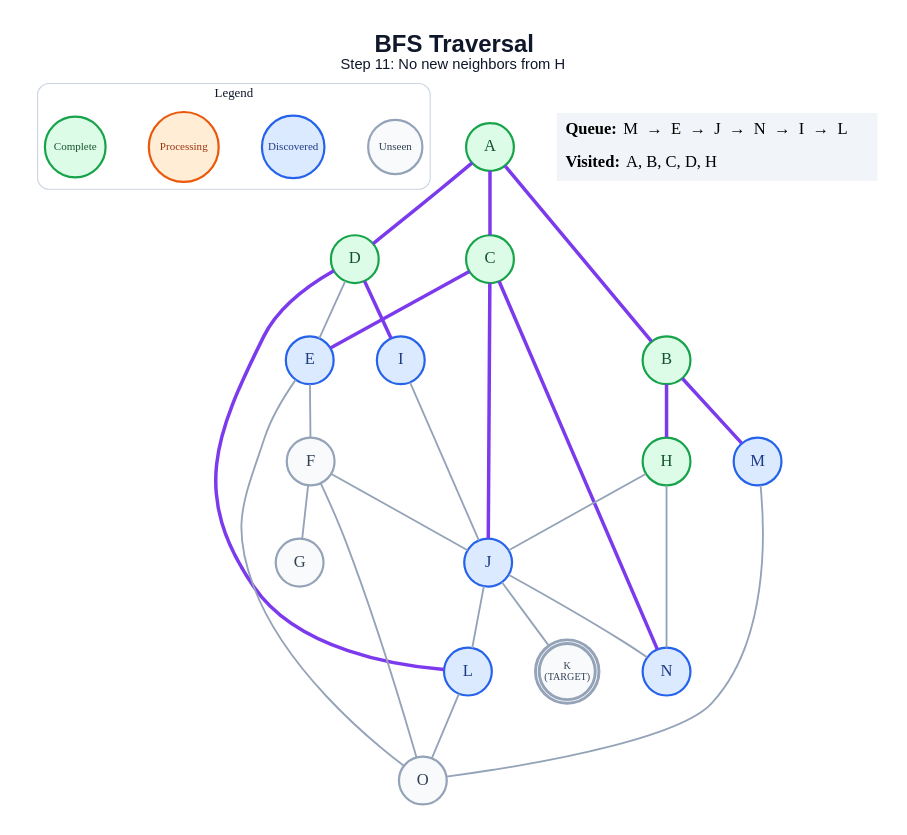
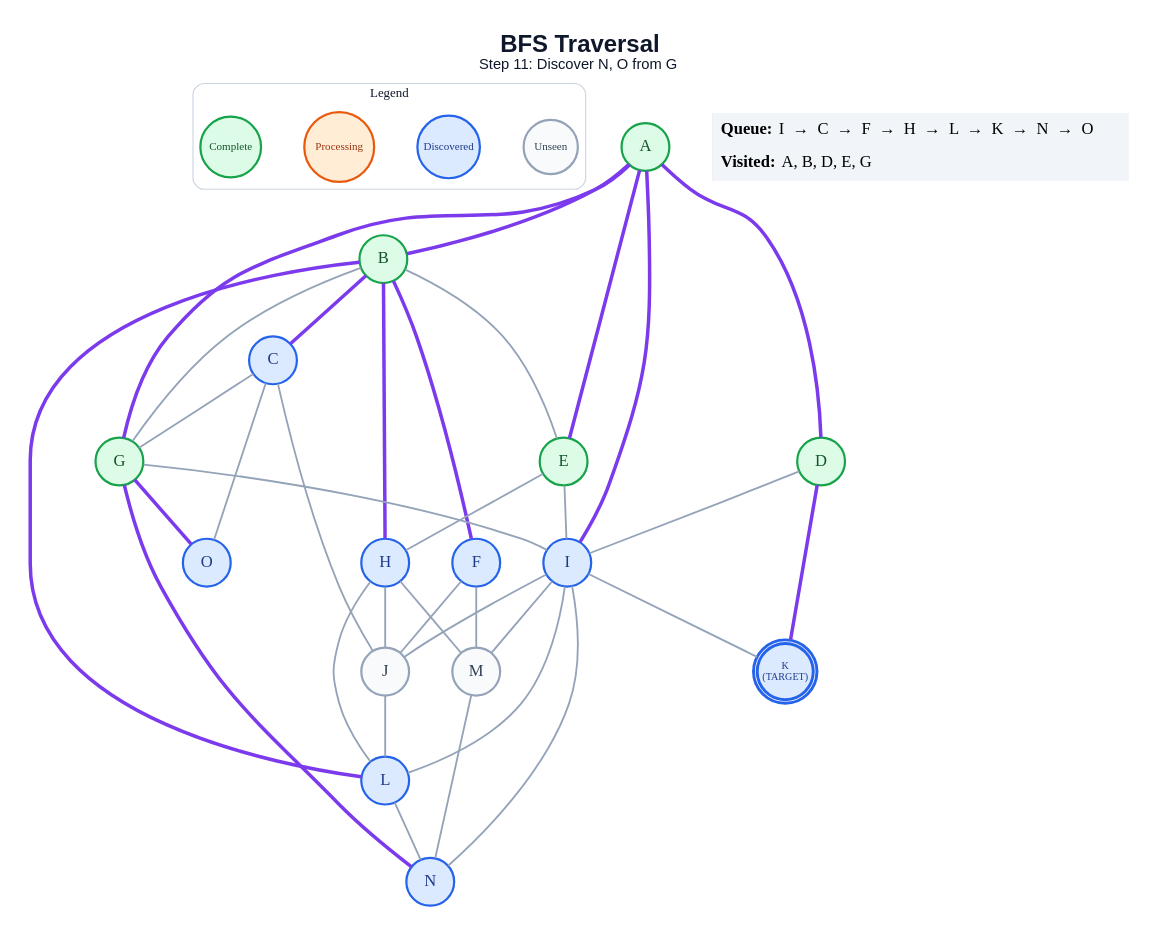
One commit to anon7238593-create/ai-slop changed the diagram in generated/specific-node/bfs/step_11.dot. Above: the diagram before and after it, drawn with Graphviz. The commit also changed 313 other files, not shown here.

```diff
--- a/generated/specific-node/bfs/step_11.dot
+++ b/generated/specific-node/bfs/step_11.dot
@@ -1,58 +1,68 @@
 graph traversal {
   graph [layout=dot, rankdir=TB, bgcolor="#FFFFFF", pad="0.35", nodesep="0.65", ranksep="0.8", fontname="Arial"];
   node [shape=circle, style="filled", fontname="Arial Bold", fontsize=18, width=0.72, fixedsize=true, penwidth=2.4];
   edge [color="#94A3B8", penwidth=2.0];
-  label=<<B>BFS Traversal</B><BR/><FONT POINT-SIZE="16">Step 11: No new neighbors from H</FONT>>; labelloc="t"; fontsize=26; fontname="Arial"; fontcolor="#0F172A";
+  label=<<B>BFS Traversal</B><BR/><FONT POINT-SIZE="16">Step 11: Discover N, O from G</FONT>>; labelloc="t"; fontsize=26; fontname="Arial"; fontcolor="#0F172A";
   subgraph cluster_legend { label="Legend"; color="#CBD5E1"; penwidth=1.2; style="rounded"; fontsize=14; fontname="Arial Bold";
     key_unseen [label="Unseen", fillcolor="#F8FAFC", color="#94A3B8", fontcolor="#334155", fontsize=12, width=0.82];
     key_frontier [label="Discovered", fillcolor="#DBEAFE", color="#2563EB", fontcolor="#1E3A8A", fontsize=12, width=0.95];
     key_current [label="Processing", fillcolor="#FFEDD5", color="#EA580C", fontcolor="#9A3412", fontsize=12, width=1.05];
     key_done [label="Complete", fillcolor="#DCFCE7", color="#16A34A", fontcolor="#14532D", fontsize=12, width=0.92];
     { rank=same; key_unseen; key_frontier; key_current; key_done; }
   }
   A [label="A", fillcolor="#DCFCE7", color="#16A34A", fontcolor="#14532D", peripheries=1, penwidth=2.4];
   B [label="B", fillcolor="#DCFCE7", color="#16A34A", fontcolor="#14532D", peripheries=1, penwidth=2.4];
-  C [label="C", fillcolor="#DCFCE7", color="#16A34A", fontcolor="#14532D", peripheries=1, penwidth=2.4];
+  C [label="C", fillcolor="#DBEAFE", color="#2563EB", fontcolor="#1E3A8A", peripheries=1, penwidth=2.4];
   D [label="D", fillcolor="#DCFCE7", color="#16A34A", fontcolor="#14532D", peripheries=1, penwidth=2.4];
-  E [label="E", fillcolor="#DBEAFE", color="#2563EB", fontcolor="#1E3A8A", peripheries=1, penwidth=2.4];
-  F [label="F", fillcolor="#F8FAFC", color="#94A3B8", fontcolor="#334155", peripheries=1, penwidth=2.4];
-  G [label="G", fillcolor="#F8FAFC", color="#94A3B8", fontcolor="#334155", peripheries=1, penwidth=2.4];
-  H [label="H", fillcolor="#DCFCE7", color="#16A34A", fontcolor="#14532D", peripheries=1, penwidth=2.4];
+  E [label="E", fillcolor="#DCFCE7", color="#16A34A", fontcolor="#14532D", peripheries=1, penwidth=2.4];
+  F [label="F", fillcolor="#DBEAFE", color="#2563EB", fontcolor="#1E3A8A", peripheries=1, penwidth=2.4];
+  G [label="G", fillcolor="#DCFCE7", color="#16A34A", fontcolor="#14532D", peripheries=1, penwidth=2.4];
+  H [label="H", fillcolor="#DBEAFE", color="#2563EB", fontcolor="#1E3A8A", peripheries=1, penwidth=2.4];
   I [label="I", fillcolor="#DBEAFE", color="#2563EB", fontcolor="#1E3A8A", peripheries=1, penwidth=2.4];
-  J [label="J", fillcolor="#DBEAFE", color="#2563EB", fontcolor="#1E3A8A", peripheries=1, penwidth=2.4];
-  K [label="K\n(TARGET)", fillcolor="#F8FAFC", color="#94A3B8", fontcolor="#334155", peripheries=2, penwidth=3.2, fontsize=11, width=0.85, height=0.85];
+  J [label="J", fillcolor="#F8FAFC", color="#94A3B8", fontcolor="#334155", peripheries=1, penwidth=2.4];
+  K [label="K\n(TARGET)", fillcolor="#DBEAFE", color="#2563EB", fontcolor="#1E3A8A", peripheries=2, penwidth=3.2, fontsize=11, width=0.85, height=0.85];
   L [label="L", fillcolor="#DBEAFE", color="#2563EB", fontcolor="#1E3A8A", peripheries=1, penwidth=2.4];
-  M [label="M", fillcolor="#DBEAFE", color="#2563EB", fontcolor="#1E3A8A", peripheries=1, penwidth=2.4];
+  M [label="M", fillcolor="#F8FAFC", color="#94A3B8", fontcolor="#334155", peripheries=1, penwidth=2.4];
   N [label="N", fillcolor="#DBEAFE", color="#2563EB", fontcolor="#1E3A8A", peripheries=1, penwidth=2.4];
-  O [label="O", fillcolor="#F8FAFC", color="#94A3B8", fontcolor="#334155", peripheries=1, penwidth=2.4];
+  O [label="O", fillcolor="#DBEAFE", color="#2563EB", fontcolor="#1E3A8A", peripheries=1, penwidth=2.4];
   A -- B [color="#7C3AED", penwidth=3.8];
-  A -- C [color="#7C3AED", penwidth=3.8];
   A -- D [color="#7C3AED", penwidth=3.8];
+  A -- E [color="#7C3AED", penwidth=3.8];
+  A -- G [color="#7C3AED", penwidth=3.8];
+  A -- I [color="#7C3AED", penwidth=3.8];
+  B -- C [color="#7C3AED", penwidth=3.8];
+  B -- E;
+  B -- F [color="#7C3AED", penwidth=3.8];
+  B -- G;
   B -- H [color="#7C3AED", penwidth=3.8];
-  B -- M [color="#7C3AED", penwidth=3.8];
-  C -- E [color="#7C3AED", penwidth=3.8];
-  C -- J [color="#7C3AED", penwidth=3.8];
-  C -- N [color="#7C3AED", penwidth=3.8];
-  D -- E;
-  D -- I [color="#7C3AED", penwidth=3.8];
-  D -- L [color="#7C3AED", penwidth=3.8];
-  E -- F;
-  E -- O;
-  F -- G;
+  B -- L [color="#7C3AED", penwidth=3.8];
+  C -- G;
+  C -- J;
+  C -- O;
+  D -- I;
+  D -- K [color="#7C3AED", penwidth=3.8];
+  E -- H;
+  E -- I;
   F -- J;
-  F -- O;
+  F -- M;
+  G -- I;
+  G -- N [color="#7C3AED", penwidth=3.8];
+  G -- O [color="#7C3AED", penwidth=3.8];
   H -- J;
-  H -- N;
+  H -- L;
+  H -- M;
   I -- J;
-  J -- K;
+  I -- K;
+  I -- L;
+  I -- M;
+  I -- N;
   J -- L;
-  J -- N;
-  L -- O;
-  M -- O;
+  L -- N;
+  M -- N;
   status [shape=plain, fixedsize=false, width=0, height=0, margin=0, label=<
     <TABLE BORDER="0" CELLBORDER="0" CELLPADDING="7" BGCOLOR="#F1F5F9">
-      <TR><TD ALIGN="LEFT"><B>Queue:</B> M  →  E  →  J  →  N  →  I  →  L</TD></TR>
-      <TR><TD ALIGN="LEFT"><B>Visited:</B> A, B, C, D, H</TD></TR>
+      <TR><TD ALIGN="LEFT"><B>Queue:</B> I  →  C  →  F  →  H  →  L  →  K  →  N  →  O</TD></TR>
+      <TR><TD ALIGN="LEFT"><B>Visited:</B> A, B, D, E, G</TD></TR>
     </TABLE>
   >];
 }
```
